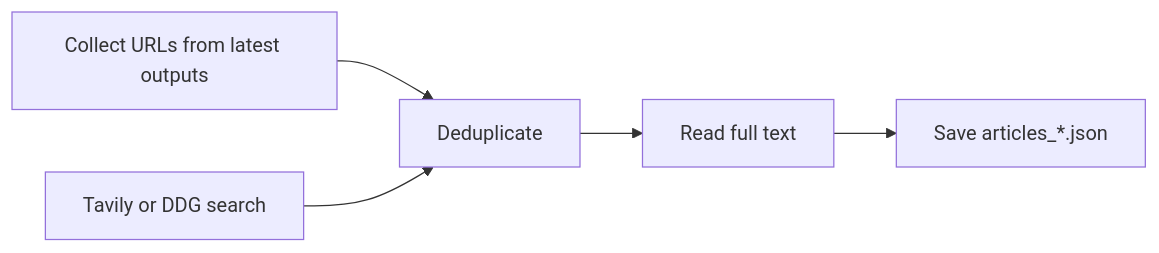
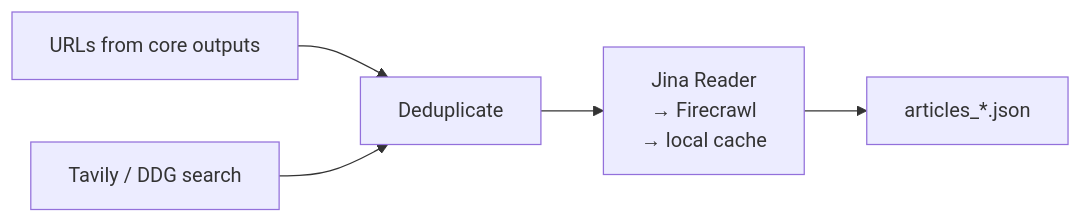
One commit to kobyal/ai-news-briefing changed the seventh of 12 diagrams in README.md. Above: the diagram before and after it, drawn with Mermaid. The commit also changed other lines of this file and 3 other files, not shown here.

````diff
--- a/README.md
+++ b/README.md
@@ -282,7 +291,7 @@
 ```mermaid
 flowchart LR
-    A["Collect URLs from latest outputs"] --> C["Deduplicate"]
-    B["Tavily or DDG search"] --> C
-    C --> D["Read full text"]
-    D --> E["Save articles_*.json"]
+    A[URLs from core outputs] --> C[Deduplicate]
+    B[Tavily / DDG search] --> C
+    C --> D[Jina Reader<br/>→ Firecrawl<br/>→ local cache]
+    D --> E[articles_*.json]
 ```
````
